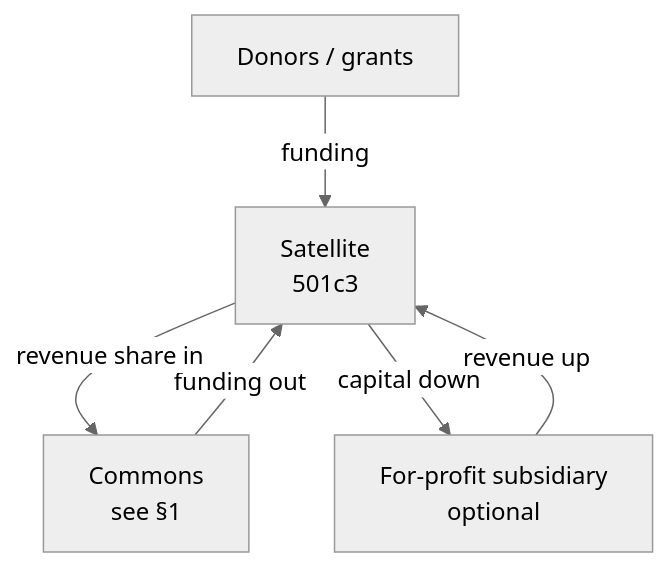
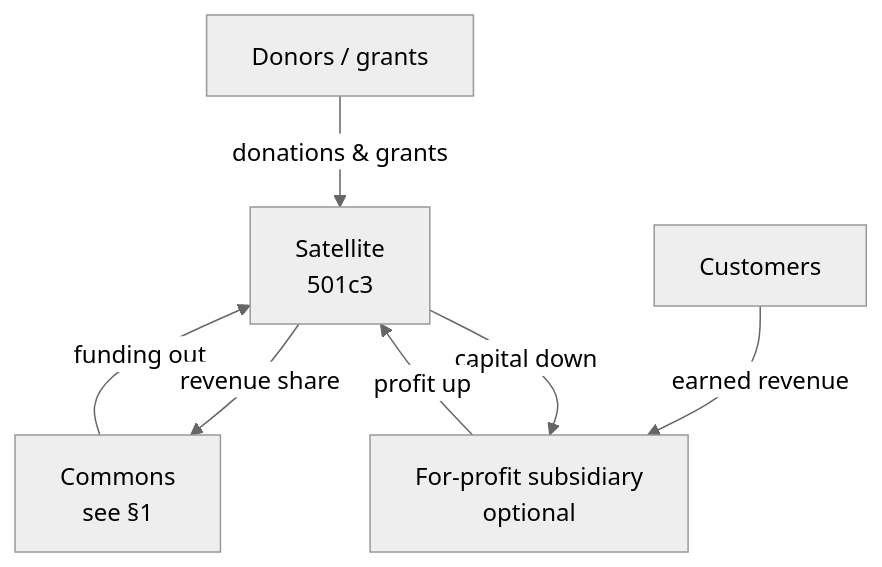
One commit to doikayt/admin changed the second of 4 diagrams in governance/commons-hub-pattern.md. Above: the diagram before and after it, drawn with Mermaid (neutral theme). The commit also changed other lines of this file, not shown here.

First line of the commit message:
docs: correct fund-flow diagrams (earned revenue -> subsidiary, not 501c3)

````diff
--- a/governance/commons-hub-pattern.md
+++ b/governance/commons-hub-pattern.md
@@ -172,8 +172,9 @@
 ```mermaid
 flowchart TD
-    D[Donors / grants] -->|funding| S[Satellite<br/>501c3]
+    D[Donors / grants] -->|donations & grants| S[Satellite<br/>501c3]
+    Cu[Customers] -->|earned revenue| F[For-profit subsidiary<br/>optional]
     C[Commons<br/>see §1] -->|funding out| S
-    S -->|revenue share in| C
-    S -->|capital down| F[For-profit subsidiary<br/>optional]
-    F -->|revenue up| S
+    S -->|revenue share| C
+    S -->|capital down| F
+    F -->|profit up| S
 ```
````
